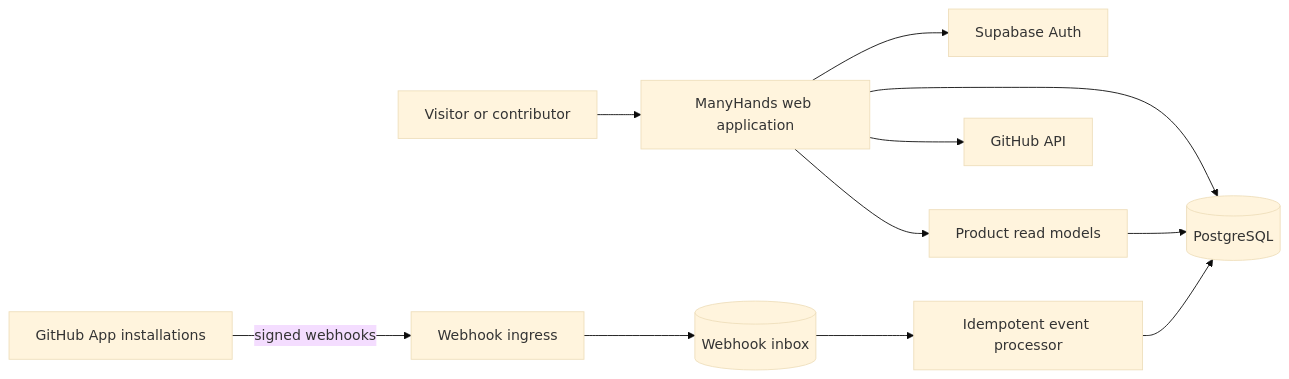
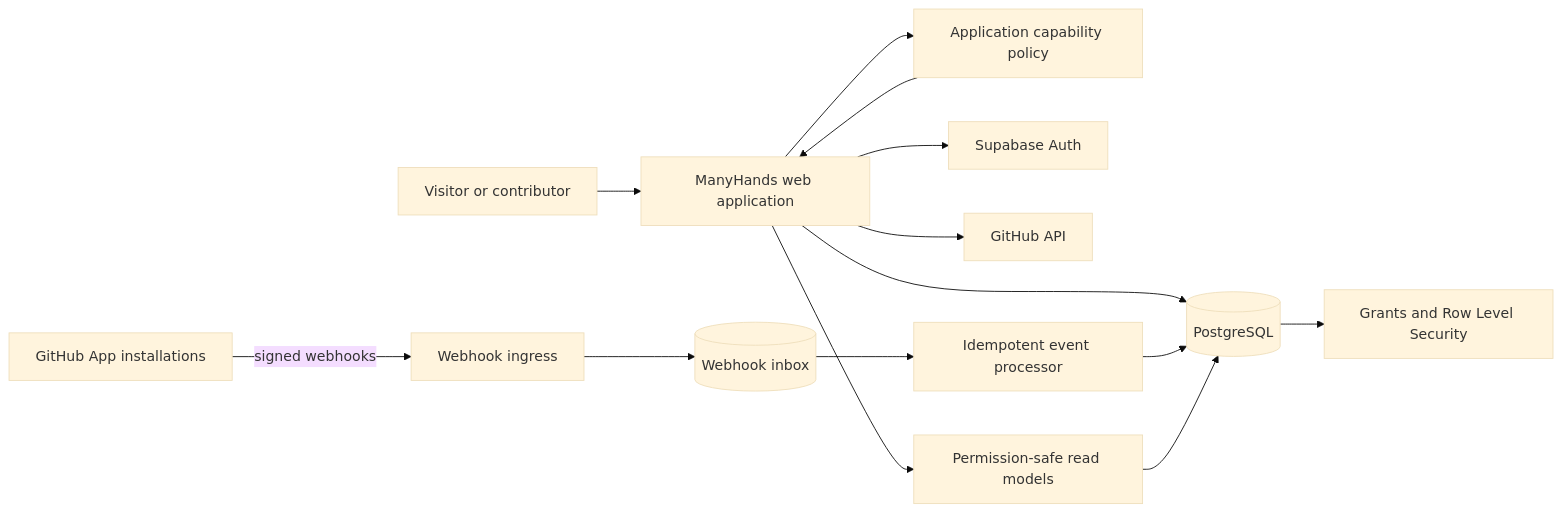
Before and after one commit to samir1234khans/ManyHands: the diagram in docs/ARCHITECTURE.md, drawn with Mermaid (base theme). The commit also changed other lines of this file, not shown here.

Commit message:
docs: align the architecture with the implemented data foundation

````diff
--- a/docs/ARCHITECTURE.md
+++ b/docs/ARCHITECTURE.md
@@ -52,13 +56,16 @@
 ```mermaid
 flowchart LR
   Visitor[Visitor or contributor] --> Web[ManyHands web application]
+  Web --> Policy[Application capability policy]
   Web --> Auth[Supabase Auth]
   Web --> DB[(PostgreSQL)]
+  Policy --> Web
+  DB --> RLS[Grants and Row Level Security]
   Web --> GHAPI[GitHub API]
   GitHub[GitHub App installations] -->|signed webhooks| Webhook[Webhook ingress]
   Webhook --> Inbox[(Webhook inbox)]
   Inbox --> Projector[Idempotent event processor]
   Projector --> DB
-  Web --> ReadModels[Product read models]
+  Web --> ReadModels[Permission-safe read models]
   ReadModels --> DB
 ```
````
